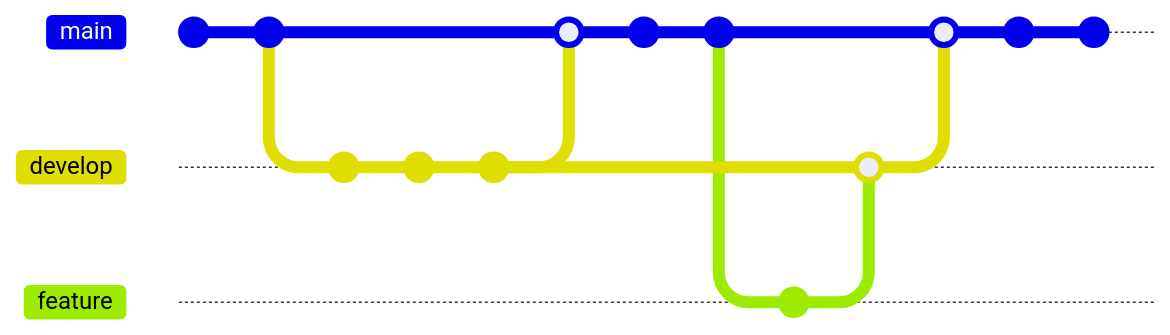
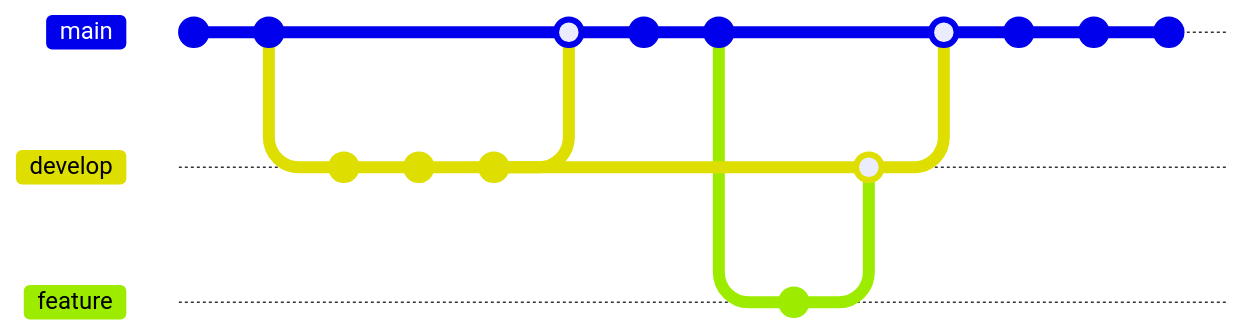
The diagram in GIT.md (Panyapron/git-demo), drawn with Mermaid before and after one commit. Commit ids are hidden.

Commit message:
add(last)

````diff
--- a/GIT.md
+++ b/GIT.md
@@ -2,21 +2,22 @@
 ```mermaid
     gitGraph
        commit id: "init"
        commit
        branch develop
        commit
        commit
        commit
        checkout main
        merge develop
        commit
        commit
        branch feature
        commit
        checkout develop
        merge feature
        checkout main
        merge develop
        commit id: "merge"
        commit id: "cherry"
+       commit id: "last"
 ```
````
